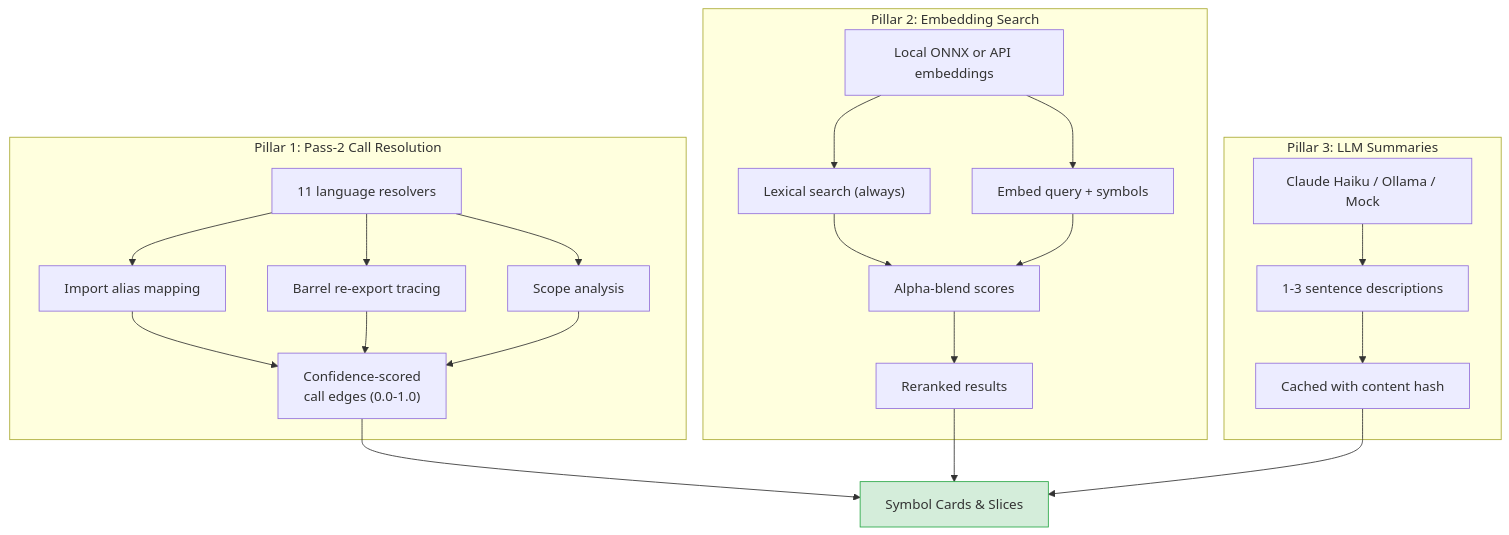
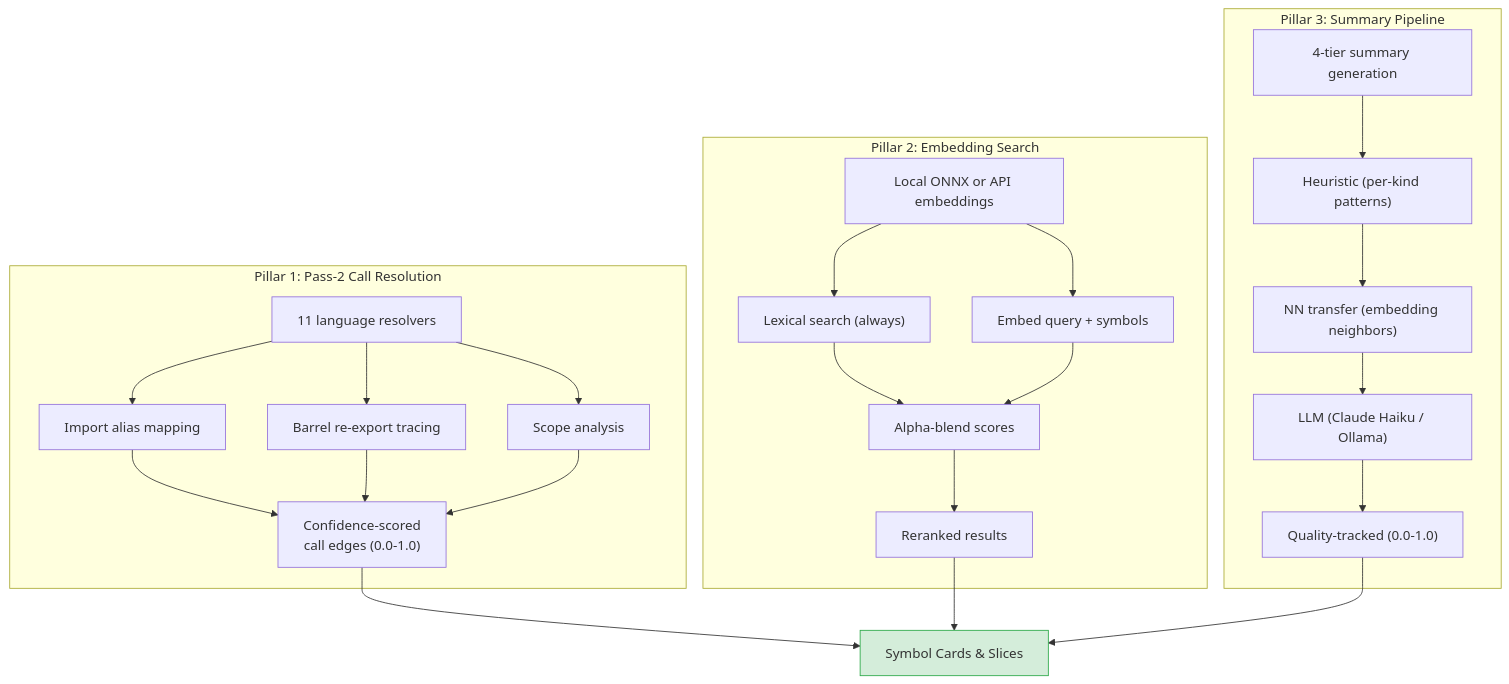
The diagram in docs/feature-deep-dives/semantic-engine.md (GlitterKill/sdl-mcp), drawn with Mermaid before and after one commit. The commit also changed other lines of this file and 9 other files, not shown here.

````diff
--- a/docs/feature-deep-dives/semantic-engine.md
+++ b/docs/feature-deep-dives/semantic-engine.md
@@ -53,34 +53,36 @@
 ```mermaid
 flowchart TD
     subgraph "Pillar 1: Pass-2 Call Resolution"
         P1["11 language resolvers"]
         P1a["Import alias mapping"]
         P1b["Barrel re-export tracing"]
         P1c["Scope analysis"]
         P1 --> P1a & P1b & P1c
         P1a & P1b & P1c --> Conf["Confidence-scored<br/>call edges (0.0-1.0)"]
     end
 
     subgraph "Pillar 2: Embedding Search"
         P2["Local ONNX or API embeddings"]
         P2a["Lexical search (always)"]
         P2b["Embed query + symbols"]
         P2c["Alpha-blend scores"]
         P2 --> P2a & P2b
         P2a & P2b --> P2c
         P2c --> Rerank["Reranked results"]
     end
 
-    subgraph "Pillar 3: LLM Summaries"
-        P3["Claude Haiku / Ollama / Mock"]
-        P3a["1-3 sentence descriptions"]
-        P3b["Cached with content hash"]
-        P3 --> P3a --> P3b
+    subgraph "Pillar 3: Summary Pipeline"
+        P3["4-tier summary generation"]
+        P3a["Heuristic (per-kind patterns)"]
+        P3b["NN transfer (embedding neighbors)"]
+        P3c["LLM (Claude Haiku / Ollama)"]
+        P3d["Quality-tracked (0.0-1.0)"]
+        P3 --> P3a --> P3b --> P3c --> P3d
     end
 
     Conf --> Cards["Symbol Cards & Slices"]
     Rerank --> Cards
-    P3b --> Cards
+    P3d --> Cards
 
     style Cards fill:#d4edda,stroke:#28a745
 ```
````
